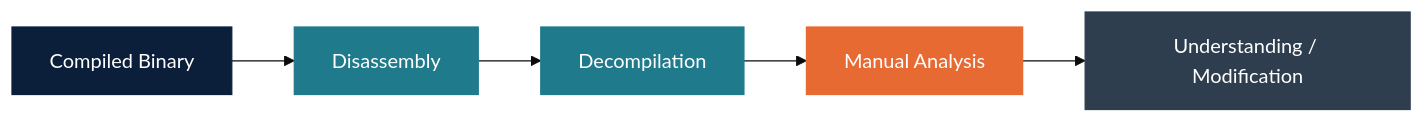
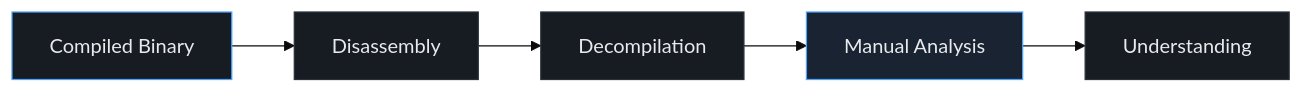
One commit to Ankritjarngal/coding-platform-assignment changed the diagram in seminar/assets/diagram_traditional_re.mmd. Above: the diagram before and after it, drawn with Mermaid (base theme). The commit also changed 9 other files, not shown here.

```diff
--- a/seminar/assets/diagram_traditional_re.mmd
+++ b/seminar/assets/diagram_traditional_re.mmd
@@ -1,11 +1,11 @@
 flowchart LR
     A[Compiled Binary] --> B[Disassembly]
     B --> C[Decompilation]
     C --> D[Manual Analysis]
-    D --> E[Understanding / Modification]
+    D --> E[Understanding]
 
-    style A fill:#0B1F3A,stroke:#0B1F3A,color:#fff
-    style B fill:#1F7A8C,stroke:#1F7A8C,color:#fff
-    style C fill:#1F7A8C,stroke:#1F7A8C,color:#fff
-    style D fill:#E86A33,stroke:#E86A33,color:#fff
-    style E fill:#2F3E4E,stroke:#2F3E4E,color:#fff
+    style A fill:#171B22,stroke:#4DA3FF,color:#E8EAED
+    style B fill:#171B22,stroke:#2A313B,color:#E8EAED
+    style C fill:#171B22,stroke:#2A313B,color:#E8EAED
+    style D fill:#1A2332,stroke:#4DA3FF,color:#E8EAED
+    style E fill:#171B22,stroke:#2A313B,color:#E8EAED
```
